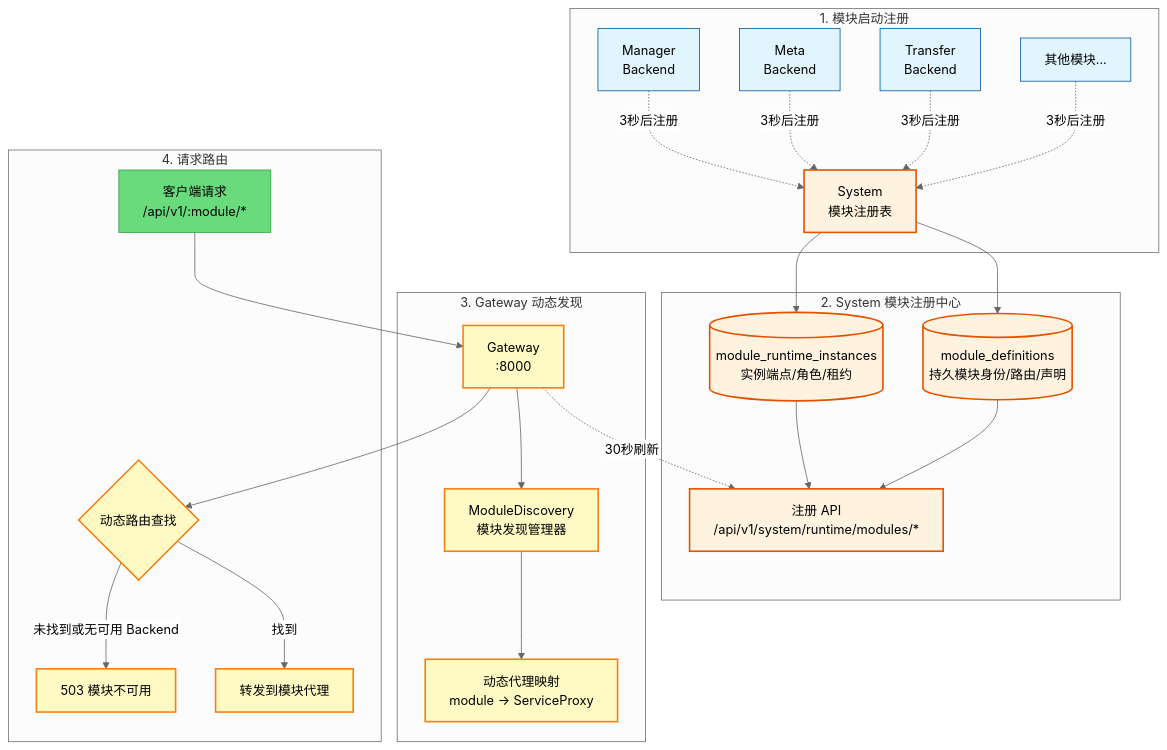
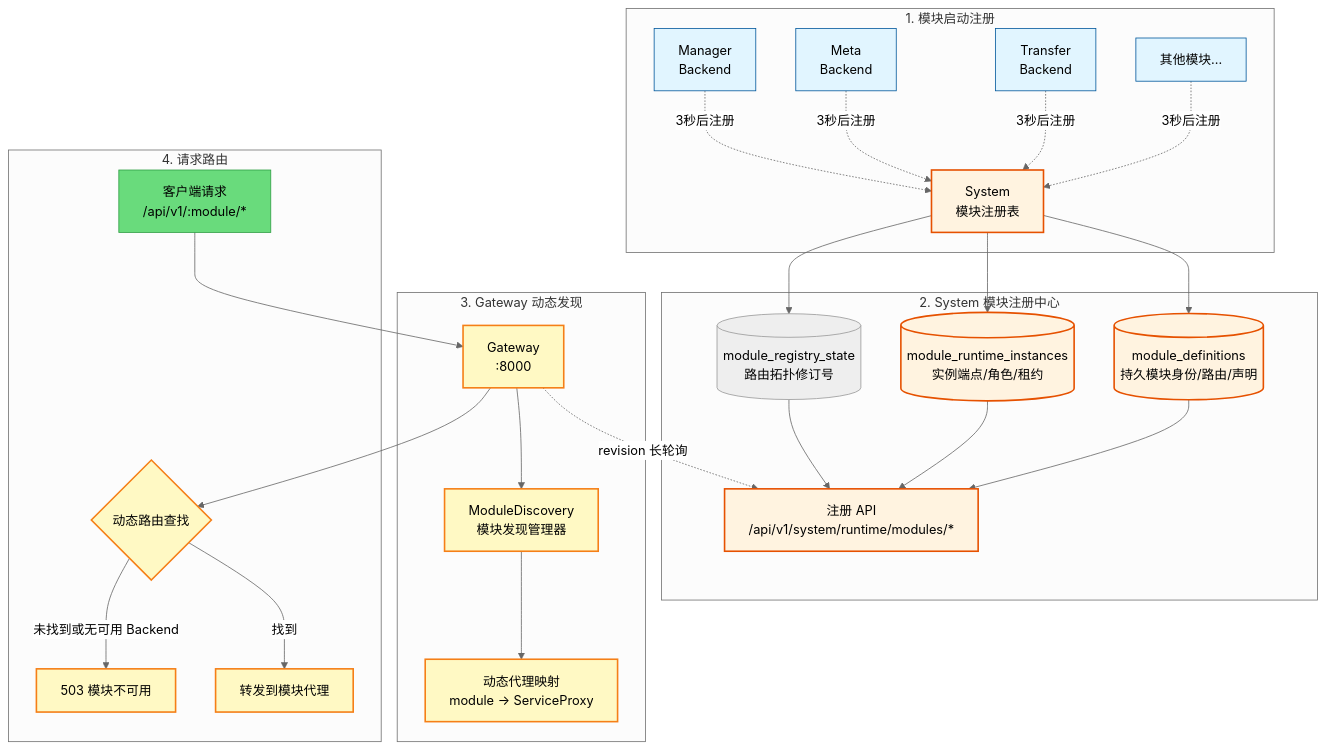
The eighth of 14 diagrams in docs/concepts/addp模块架构图.md (pampa0629/addp), drawn with Mermaid (neutral theme) before and after one commit. The commit also changed other lines of this file and 130 other files, not shown here.

````diff
--- a/docs/concepts/addp模块架构图.md
+++ b/docs/concepts/addp模块架构图.md
@@ -528,40 +528,42 @@
 ```mermaid
 graph TB
     subgraph "1. 模块启动注册"
         Manager[Manager<br/>Backend] -.3秒后注册.-> SystemReg[System<br/>模块注册表]
         Meta[Meta<br/>Backend] -.3秒后注册.-> SystemReg
         Transfer[Transfer<br/>Backend] -.3秒后注册.-> SystemReg
         Other[其他模块...] -.3秒后注册.-> SystemReg
     end
 
     subgraph "2. System 模块注册中心"
         SystemReg --> DefinitionTable[(module_definitions<br/>持久模块身份/路由/声明)]
         SystemReg --> InstanceTable[(module_runtime_instances<br/>实例端点/角色/租约)]
+        SystemReg --> RevisionTable[(module_registry_state<br/>路由拓扑修订号)]
         DefinitionTable --> RegAPI[注册 API<br/>/api/v1/system/runtime/modules/*]
         InstanceTable --> RegAPI
+        RevisionTable --> RegAPI
     end
 
     subgraph "3. Gateway 动态发现"
-        Gateway[Gateway<br/>:8000] -.30秒刷新.-> RegAPI
+        Gateway[Gateway<br/>:8000] -.revision 长轮询.-> RegAPI
         Gateway --> Discovery[ModuleDiscovery<br/>模块发现管理器]
         Discovery --> Proxies[动态代理映射<br/>module -> ServiceProxy]
     end
 
     subgraph "4. 请求路由"
         Client[客户端请求<br/>/api/v1/:module/*] --> Gateway
         Gateway --> DynamicRoute{动态路由查找}
         DynamicRoute -->|找到| Forward[转发到模块代理]
         DynamicRoute -->|未找到或无可用 Backend| Unavailable[503 模块不可用]
     end
 
     classDef backend fill:#e1f5ff,stroke:#01579b
     classDef system fill:#fff3e0,stroke:#e65100,stroke-width:2px
     classDef gateway fill:#fff9c4,stroke:#f57f17,stroke-width:2px
     classDef client fill:#69db7c,stroke:#2f9e44
     classDef infra fill:#fce4ec,stroke:#880e4f
 
     class Manager,Meta,Transfer,Other backend
     class SystemReg,DefinitionTable,InstanceTable,RegAPI system
     class Gateway,Discovery,Proxies,DynamicRoute,Forward,Unavailable gateway
     class Client client
 ```
````
